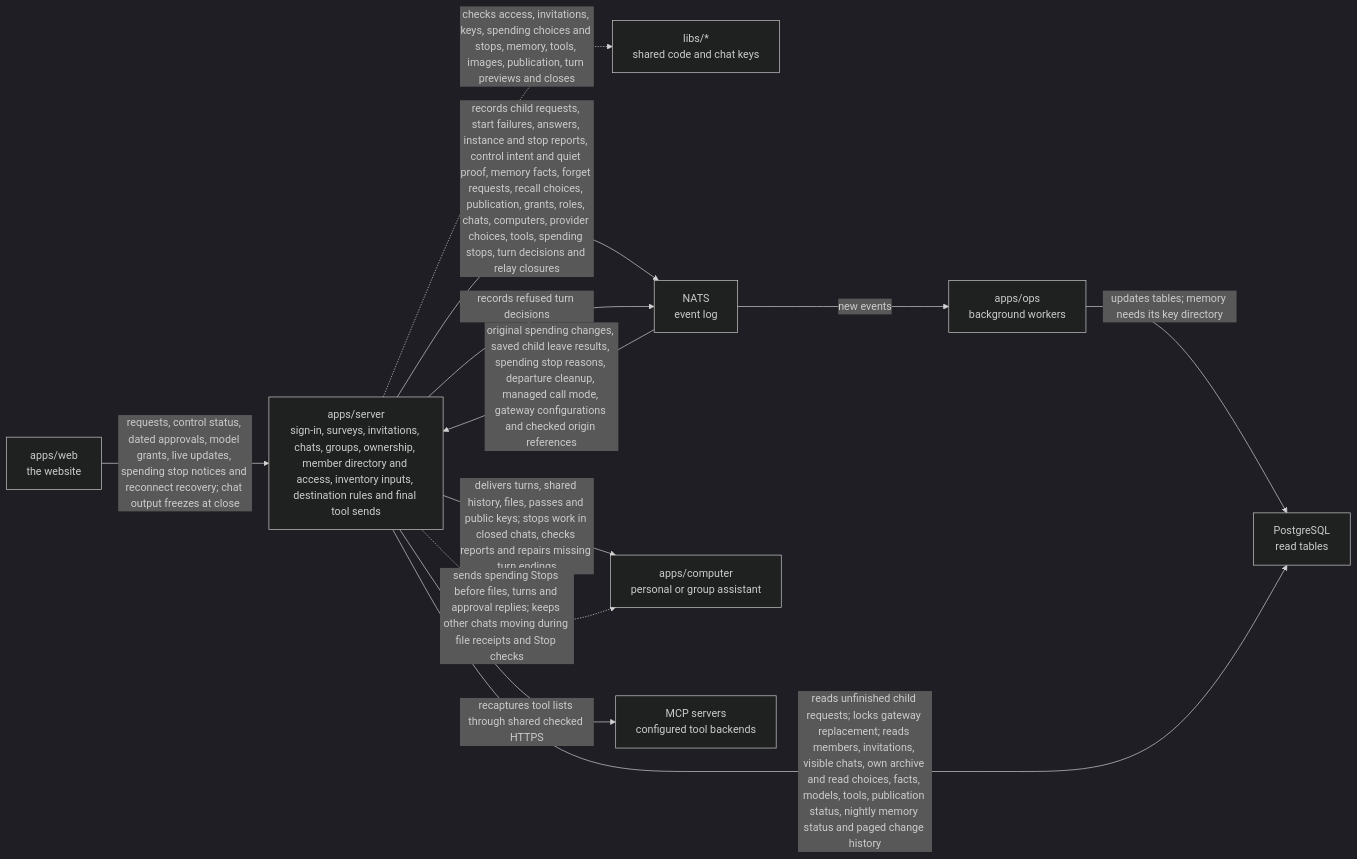
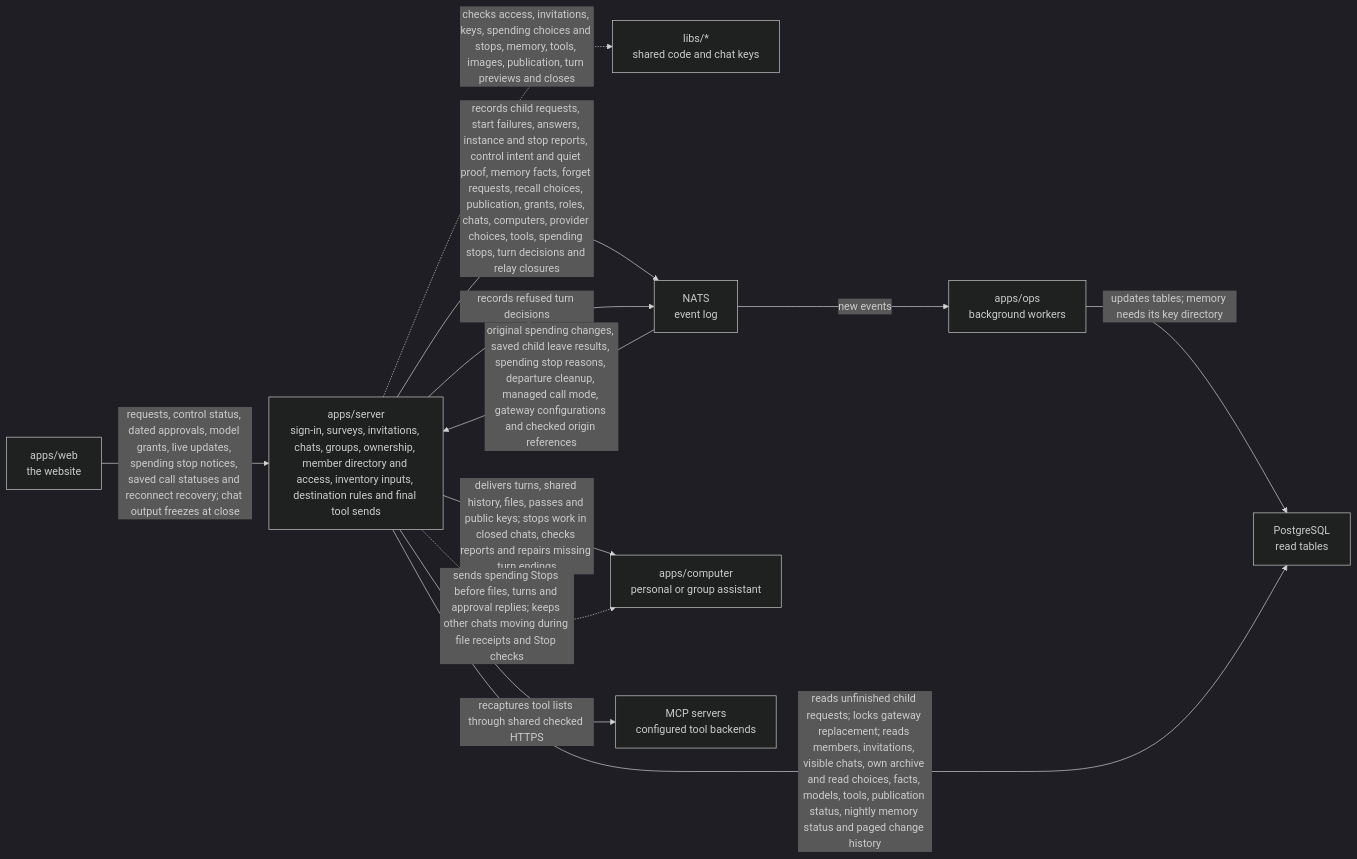
Before and after one commit to elewa-git/opencrane-new: the diagram in apps/server/README.md, drawn with Mermaid (dark theme). The commit also changed other lines of this file and 14 other files, not shown here.

Commit message:
💶 Show saved call statuses on spending Stops

````diff
--- a/apps/server/README.md
+++ b/apps/server/README.md
@@ -14,14 +14,14 @@
 ```mermaid
 flowchart LR
-  web["apps/web<br/>the website"] -->|requests, control status, dated approvals, model grants, live updates, spending stop notices and reconnect recovery; chat output freezes at close| server["apps/server<br/>sign-in, surveys, invitations, chats, groups, ownership, member directory and access, inventory inputs, destination rules and final tool sends"]
+  web["apps/web<br/>the website"] -->|requests, control status, dated approvals, model grants, live updates, spending stop notices, saved call statuses and reconnect recovery; chat output freezes at close| server["apps/server<br/>sign-in, surveys, invitations, chats, groups, ownership, member directory and access, inventory inputs, destination rules and final tool sends"]
   server -.->|checks access, invitations, keys, spending choices and stops, memory, tools, images, publication, turn previews and closes| libs["libs/*<br/>shared code and chat keys"]
   server -->|records child requests, start failures, answers, instance and stop reports, control intent and quiet proof, memory facts, forget requests, recall choices, publication, grants, roles, chats, computers, provider choices, tools, spending stops, turn decisions and relay closures| nats["NATS<br/>event log"]
   nats -->|original spending changes, saved child leave results, spending stop reasons, departure cleanup, managed call mode, gateway configurations and checked origin references| server
   nats -->|new events| ops["apps/ops<br/>background workers"]
   ops -->|updates tables; memory needs its key directory| postgres["PostgreSQL<br/>read tables"]
   server -->|reads unfinished child requests; locks gateway replacement; reads members, invitations, visible chats, own archive and read choices, facts, models, tools, publication status, nightly memory status and paged change history| postgres
   server -->|delivers turns, shared history, files, passes and public keys; stops work in closed chats, checks reports and repairs missing turn endings| computer["apps/computer<br/>personal or group assistant"]
   server -->|recaptures tool lists through shared checked HTTPS| mcp["MCP servers<br/>configured tool backends"]
   server -.->|sends spending Stops before files, turns and approval replies; keeps other chats moving during file receipts and Stop checks| computer
   server -->|records refused turn decisions| nats
 ```
````
